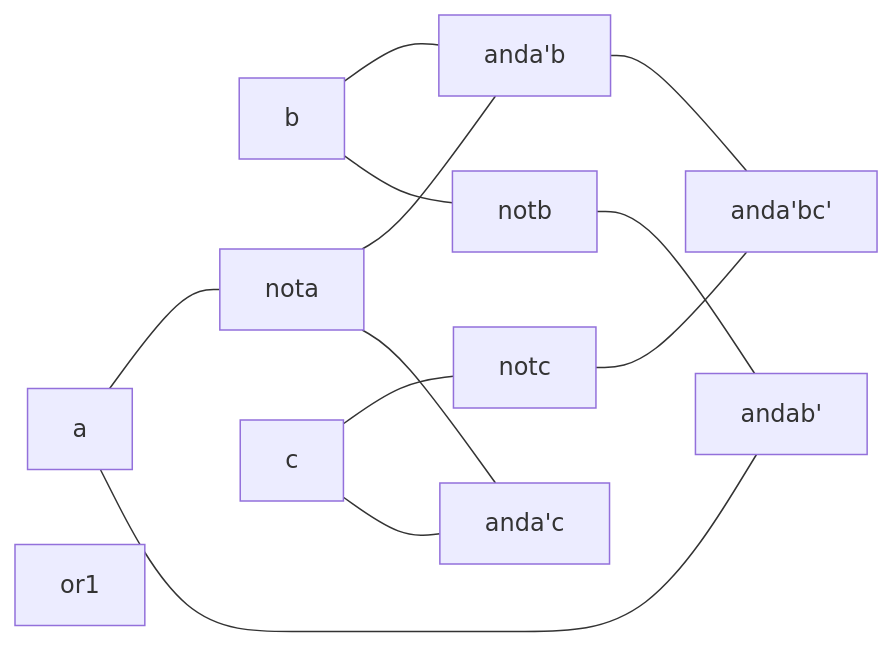
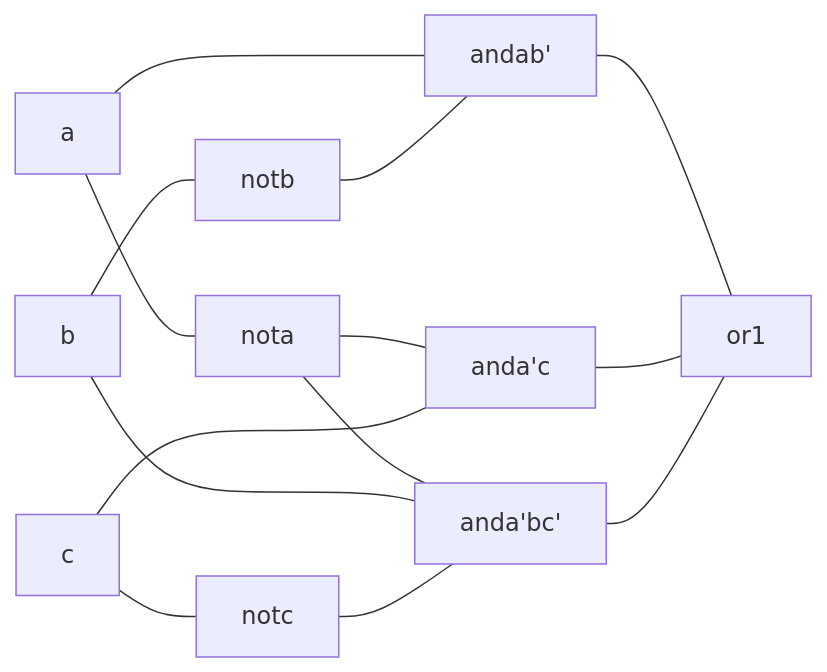
Before and after one commit to tnichols217/notes: the diagram in CSDS 281 - Logic Design/HW/3/Tables.md, drawn with Mermaid.

Commit message:
vault backup: 2024-02-14 16:00:19

````diff
--- a/CSDS 281 - Logic Design/HW/3/Tables.md
+++ b/CSDS 281 - Logic Design/HW/3/Tables.md
@@ -14,15 +14,14 @@
 ```mermaid
 flowchart LR
 
 b --- notb
 a & notb --- andab'
 
 a --- nota
 nota & c --- anda'c
 
 c --- notc
-nota & b --- anda'b
-anda'b & notc --- anda'bc'
+nota & b & notc --- anda'bc'
 
-or1
+andab' & anda'c & anda'bc' --- or1
 ```
````
